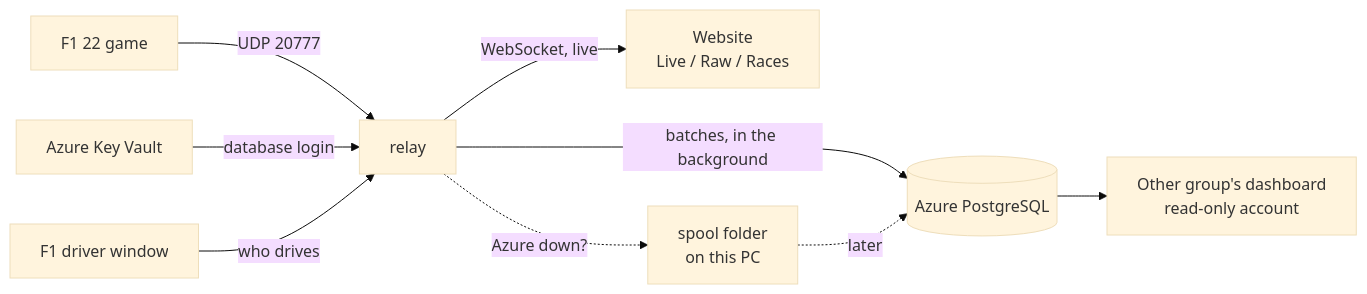
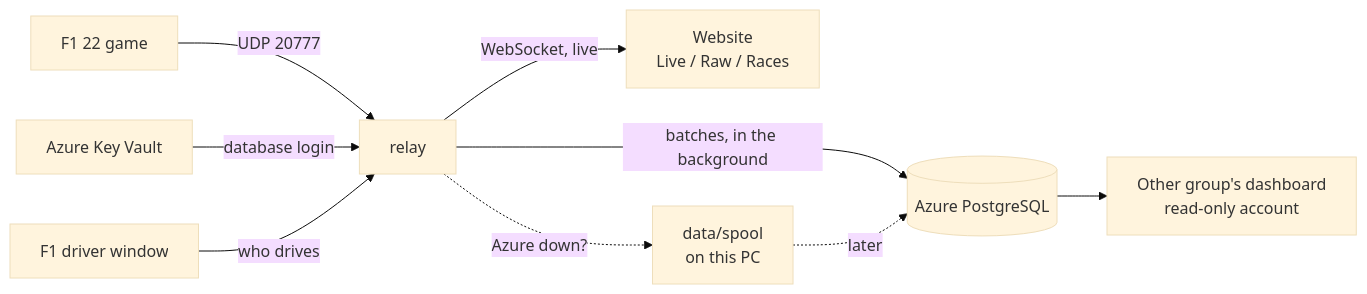
Before and after one commit to PepijnIriks/f1-telemetry-relay: the diagram in README.md, drawn with Mermaid (base theme). The commit also changed other lines of this file and 12 other files, not shown here.

````diff
--- a/README.md
+++ b/README.md
@@ -42,10 +37,10 @@
 ```mermaid
 flowchart LR
     G[F1 22 game] -- UDP 20777 --> R[relay]
     R -- WebSocket, live --> W[Website<br/>Live / Raw / Races]
     R -- batches, in the background --> DB[(Azure PostgreSQL)]
-    R -. Azure down? .-> S[spool folder<br/>on this PC] -. later .-> DB
+    R -. Azure down? .-> S[data/spool<br/>on this PC] -. later .-> DB
     KV[Azure Key Vault] -- database login --> R
     D[F1 driver window] -- who drives --> R
     DB --> O[Other group's dashboard<br/>read-only account]
 ```
````
